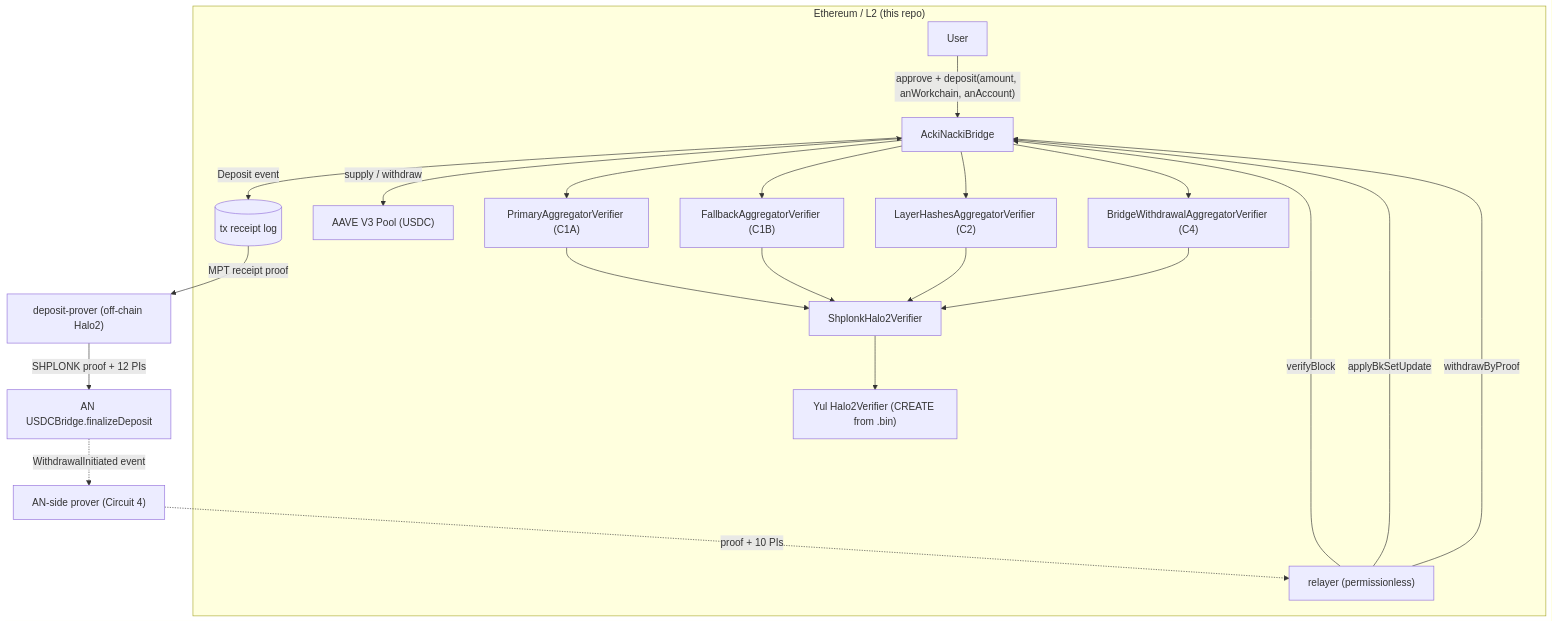
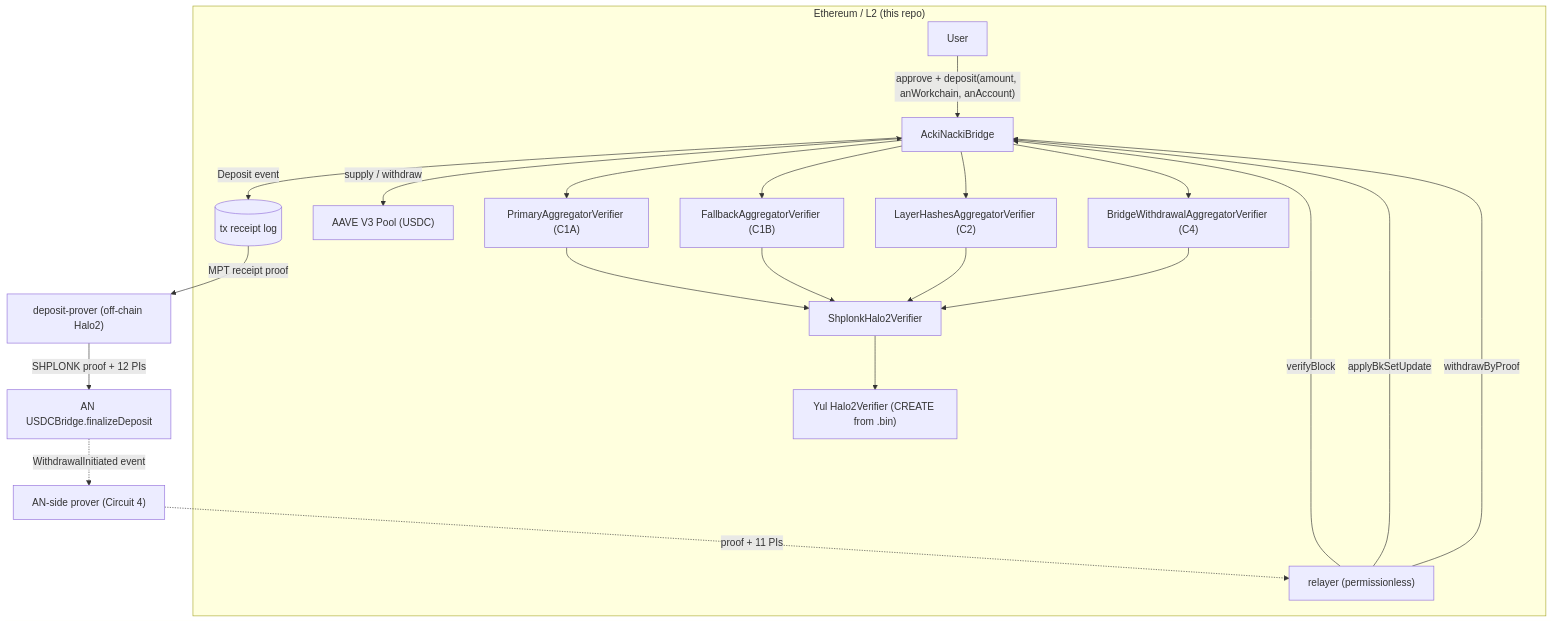
Before and after one commit to gosh-sh/bridge: the diagram in docs/EVM-contracts-spec.md, drawn with Mermaid. The commit also changed other lines of this file and 98 other files, not shown here.

````diff
--- a/docs/EVM-contracts-spec.md
+++ b/docs/EVM-contracts-spec.md
@@ -69,20 +69,20 @@
 ```mermaid
 flowchart TB
     subgraph ETH["Ethereum / L2 (this repo)"]
         U["User"] -->|"approve + deposit(amount, anWorkchain, anAccount)"| B["AckiNackiBridge"]
         B -->|"Deposit event"| LOG[("tx receipt log")]
         B <-->|"supply / withdraw"| AAVE["AAVE V3 Pool (USDC)"]
         R["relayer (permissionless)"] -->|"verifyBlock"| B
         R -->|"applyBkSetUpdate"| B
         R -->|"withdrawByProof"| B
         B --> V1["PrimaryAggregatorVerifier (C1A)"]
         B --> V2["FallbackAggregatorVerifier (C1B)"]
         B --> V3["LayerHashesAggregatorVerifier (C2)"]
         B --> V4["BridgeWithdrawalAggregatorVerifier (C4)"]
         V1 & V2 & V3 & V4 --> W["ShplonkHalo2Verifier"] --> Y["Yul Halo2Verifier (CREATE from .bin)"]
     end
     LOG -->|"MPT receipt proof"| DP["deposit-prover (off-chain Halo2)"]
     DP -->|"SHPLONK proof + 12 PIs"| AN["AN USDCBridge.finalizeDeposit"]
     AN -.->|"WithdrawalInitiated event"| C4P["AN-side prover (Circuit 4)"]
-    C4P -.->|"proof + 10 PIs"| R
+    C4P -.->|"proof + 11 PIs"| R
 ```
````
